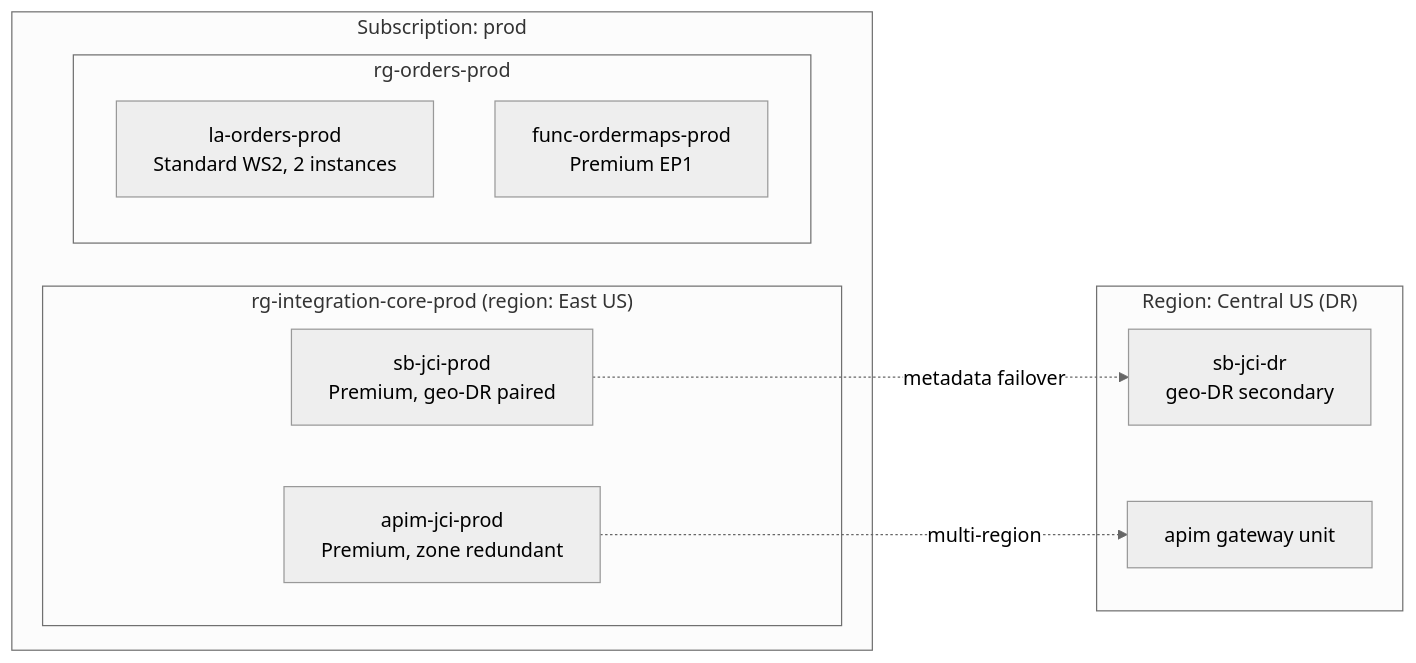
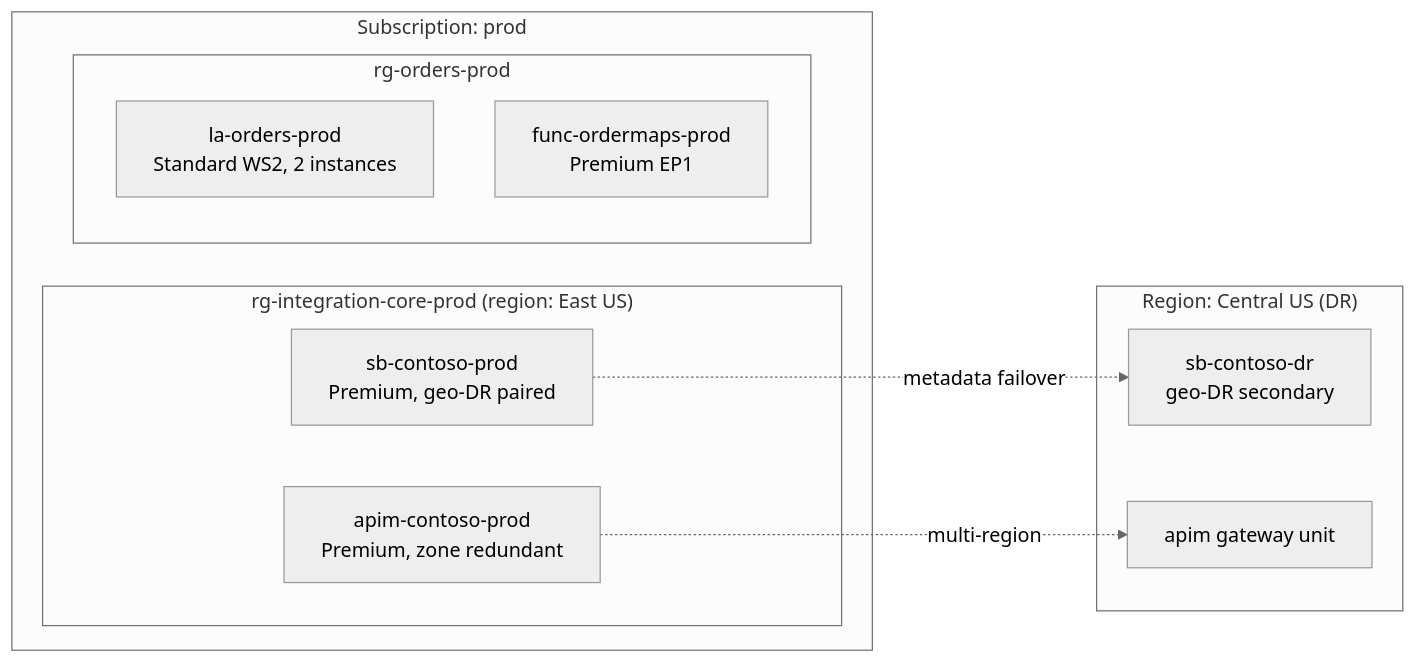
The second of 2 diagrams in 13-Architecture-and-Design/README.md (hacktrash7/ais-integration-prep), drawn with Mermaid (neutral theme) before and after one commit. The commit also changed 9 other files, not shown here.

````diff
--- a/13-Architecture-and-Design/README.md
+++ b/13-Architecture-and-Design/README.md
@@ -105,19 +105,19 @@
 ```mermaid
 flowchart LR
     subgraph SubProd["Subscription: prod"]
         subgraph RGCore["rg-integration-core-prod (region: East US)"]
-            APIMP[apim-jci-prod<br/>Premium, zone redundant]
-            SBP[sb-jci-prod<br/>Premium, geo-DR paired]
+            APIMP[apim-contoso-prod<br/>Premium, zone redundant]
+            SBP[sb-contoso-prod<br/>Premium, geo-DR paired]
         end
         subgraph RGOrders["rg-orders-prod"]
             LAP[la-orders-prod<br/>Standard WS2, 2 instances]
             FNP[func-ordermaps-prod<br/>Premium EP1]
         end
     end
     subgraph SubDR["Region: Central US (DR)"]
-        SBDR[sb-jci-dr<br/>geo-DR secondary]
+        SBDR[sb-contoso-dr<br/>geo-DR secondary]
         APIMDR[apim gateway unit]
     end
     SBP -.metadata failover.-> SBDR
     APIMP -.multi-region.-> APIMDR
 ```
````
